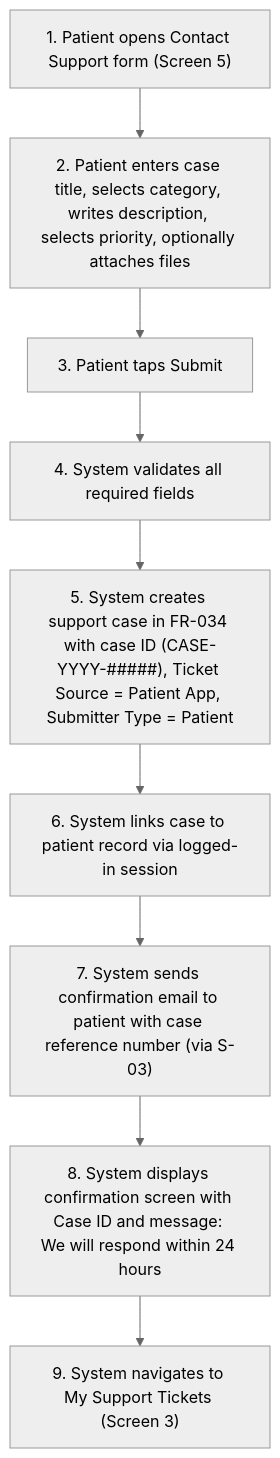
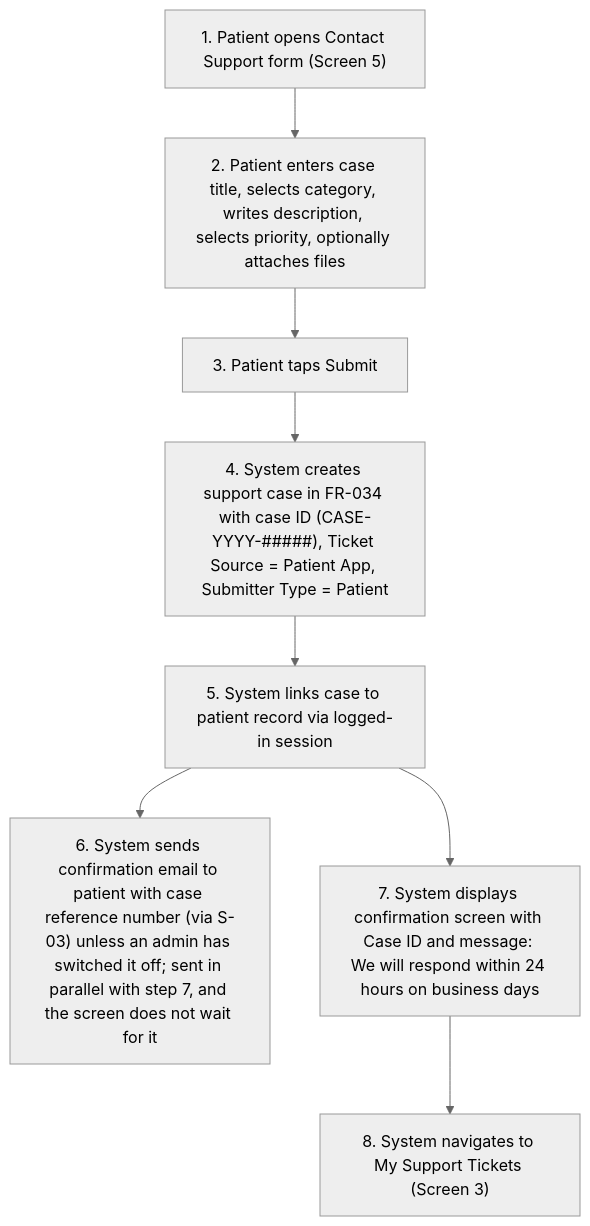
One commit to joachimtrungtuan/hairline-pm-docs changed the fourth of 10 diagrams in project-requirements/functional-requirements/fr035-patient-help-support/prd.md. Above: the diagram before and after it, drawn with Mermaid (neutral theme). The commit also changed other lines of this file and 5 other files, not shown here.

Commit message:
docs(fr035): apply logic review pass 1 fixes to PRD and graph

````diff
--- a/project-requirements/functional-requirements/fr035-patient-help-support/prd.md
+++ b/project-requirements/functional-requirements/fr035-patient-help-support/prd.md
@@ -156,11 +158,10 @@
 ```mermaid
 flowchart TD
     A3S1["1. Patient opens Contact Support form (Screen 5)"] --> A3S2["2. Patient enters case title, selects category, writes description, selects priority, optionally attaches files"]
     A3S2 --> A3S3["3. Patient taps Submit"]
-    A3S3 --> A3S4["4. System validates all required fields"]
-    A3S4 --> A3S5["5. System creates support case in FR-034 with case ID (CASE-YYYY-#####), Ticket Source = Patient App, Submitter Type = Patient"]
-    A3S5 --> A3S6["6. System links case to patient record via logged-in session"]
-    A3S6 --> A3S7["7. System sends confirmation email to patient with case reference number (via S-03)"]
-    A3S7 --> A3S8["8. System displays confirmation screen with Case ID and message: We will respond within 24 hours"]
-    A3S8 --> A3S9["9. System navigates to My Support Tickets (Screen 3)"]
+    A3S3 --> A3S4["4. System creates support case in FR-034 with case ID (CASE-YYYY-#####), Ticket Source = Patient App, Submitter Type = Patient"]
+    A3S4 --> A3S5["5. System links case to patient record via logged-in session"]
+    A3S5 --> A3S6["6. System sends confirmation email to patient with case reference number (via S-03) unless an admin has switched it off; sent in parallel with step 7, and the screen does not wait for it"]
+    A3S5 --> A3S7["7. System displays confirmation screen with Case ID and message: We will respond within 24 hours on business days"]
+    A3S7 --> A3S8["8. System navigates to My Support Tickets (Screen 3)"]
 ```
````
